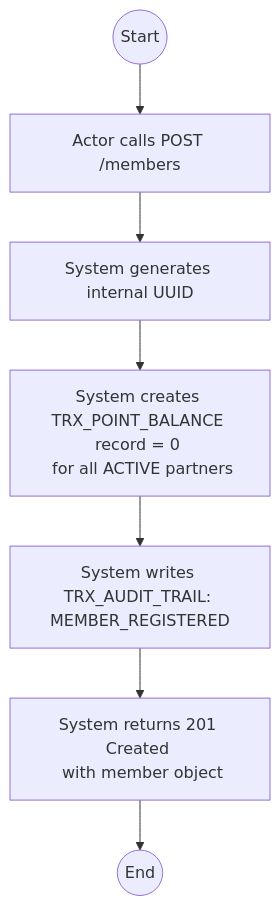
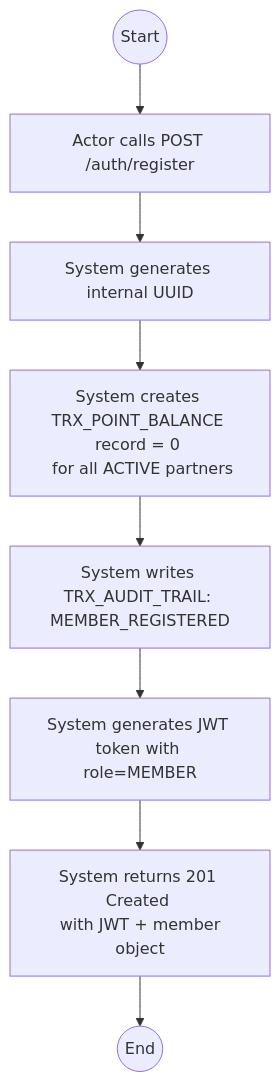
One commit to jtnqr/JDT-17-LOYALTY changed the first of 6 diagrams in activity.diagram.md. Above: the diagram before and after it, drawn with Mermaid. The commit also changed other lines of this file and 2 other files, not shown here.

First line of the commit message:
docs: update activity/usecase diagrams and add redemption flowchart

````diff
--- a/activity.diagram.md
+++ b/activity.diagram.md
@@ -7,9 +7,10 @@
 ```mermaid
 flowchart TD
-    Start((Start)) --> A[Actor calls POST /members]
+    Start((Start)) --> A[Actor calls POST /auth/register]
     A --> B[System generates internal UUID]
     B --> C[System creates TRX_POINT_BALANCE record = 0 <br/> for all ACTIVE partners]
     C --> D[System writes TRX_AUDIT_TRAIL: MEMBER_REGISTERED]
-    D --> E[System returns 201 Created <br/> with member object]
-    E --> End((End))
+    D --> E[System generates JWT token with role=MEMBER]
+    E --> F[System returns 201 Created <br/> with JWT + member object]
+    F --> End((End))
 ```
````
